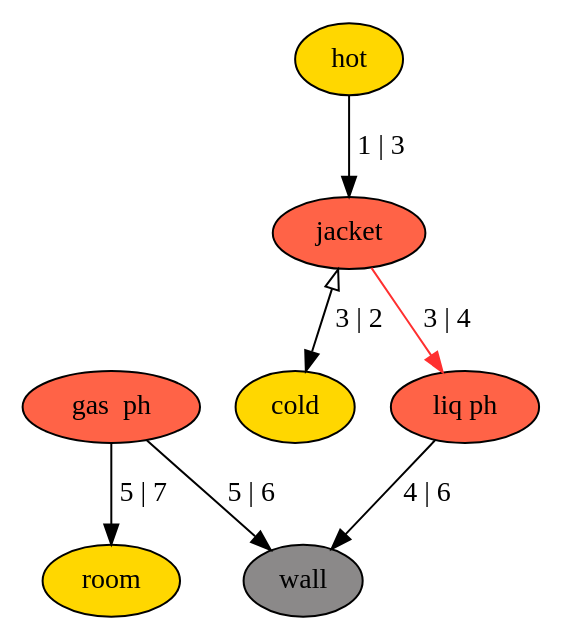
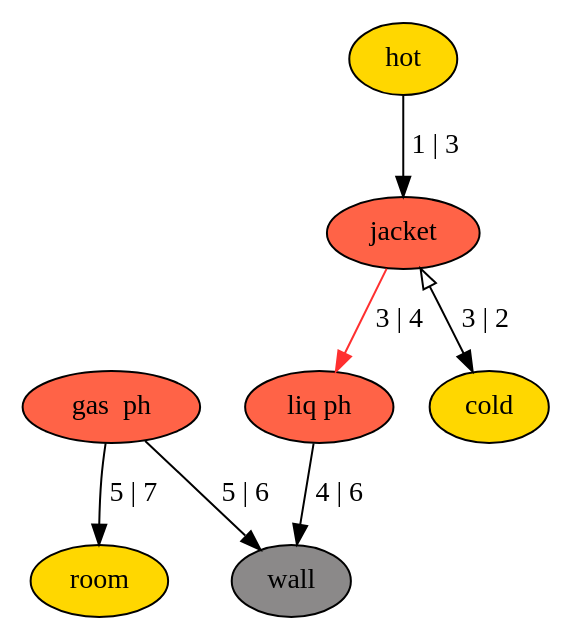
Before and after one commit to ATElve/OntoSim: the diagram in OntoSim/GraphIndexTest/DOT/test.dot, drawn with Graphviz. The commit also changed 5 other files, not shown here.

```diff
--- a/OntoSim/GraphIndexTest/DOT/test.dot
+++ b/OntoSim/GraphIndexTest/DOT/test.dot
@@ -1,21 +1,21 @@
 ###############################################################################
 #	 Purpose: Dot graph for equation tree                                       #
 #	 Author:  Arne Tobias Elve                                                  #
-#	 When:    2017-08-07 09:43:03                                               #
+#	 When:    2017-08-07 17:42:05                                               #
 #	 Why:     Output to dot language                                            #
 ###############################################################################
 digraph G {
+6 [style = filled, label = "liq ph" fillcolor = Tomato];
+8 [style = filled, label = "jacket" fillcolor = Tomato];
+9 [style = filled, label = "hot" fillcolor = Gold1];
 1 [style = filled, label = "room" fillcolor = Gold1];
-9 [style = filled, label = "hot" fillcolor = Gold1];
-5 [style = filled, label = "wall" fillcolor = Snow4];
-8 [style = filled, label = "jacket" fillcolor = Tomato];
 7 [style = filled, label = "cold" fillcolor = Gold1];
 4 [style = filled, label = "gas  ph" fillcolor = Tomato];
-6 [style = filled, label = "liq ph" fillcolor = Tomato];
+5 [style = filled, label = "wall" fillcolor = Snow4];
+4 -> 5 [label = "5 | 6", arrowhead = normal, color = Black];
+4 -> 1 [label = "5 | 7", arrowhead = normal, color = Black];
 8 -> 7 [label = "3 | 2", arrowtail = onormal, dir = both, color = Black];
 9 -> 8 [label = "1 | 3", arrowhead = normal, color = Black];
+8 -> 6 [label = "3 | 4", arrowhead = normal, color = Firebrick1];
 6 -> 5 [label = "4 | 6", arrowhead = normal, color = Black];
-4 -> 1 [label = "5 | 7", arrowhead = normal, color = Black];
-4 -> 5 [label = "5 | 6", arrowhead = normal, color = Black];
-8 -> 6 [label = "3 | 4", arrowhead = normal, color = Firebrick1];
 }
```
